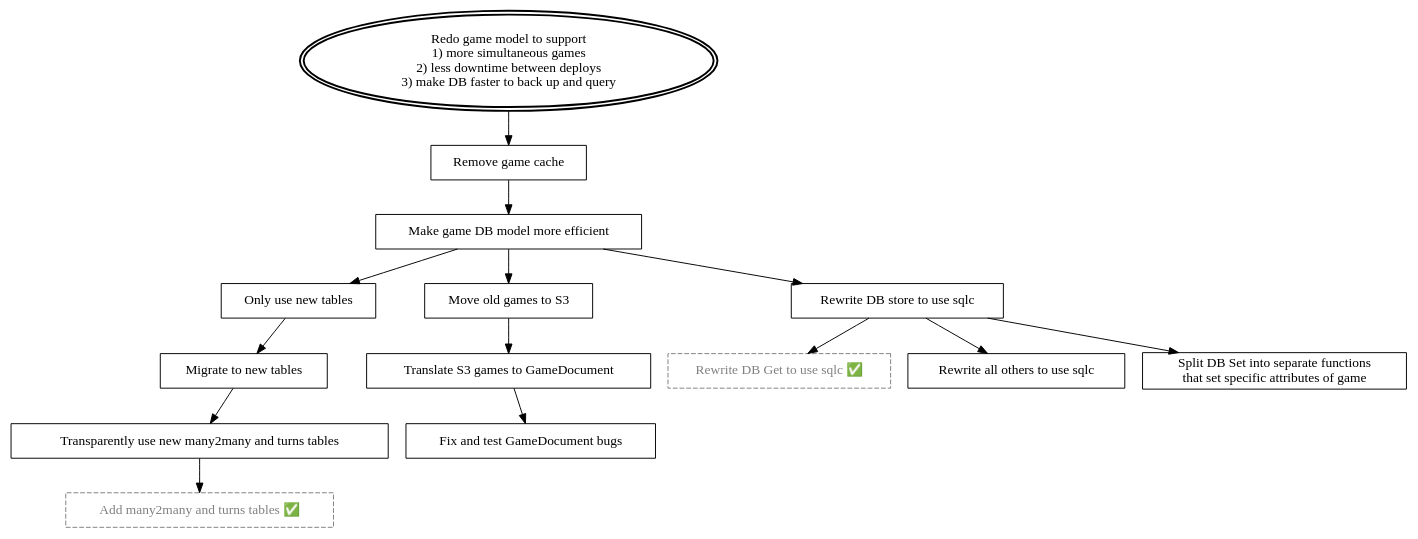
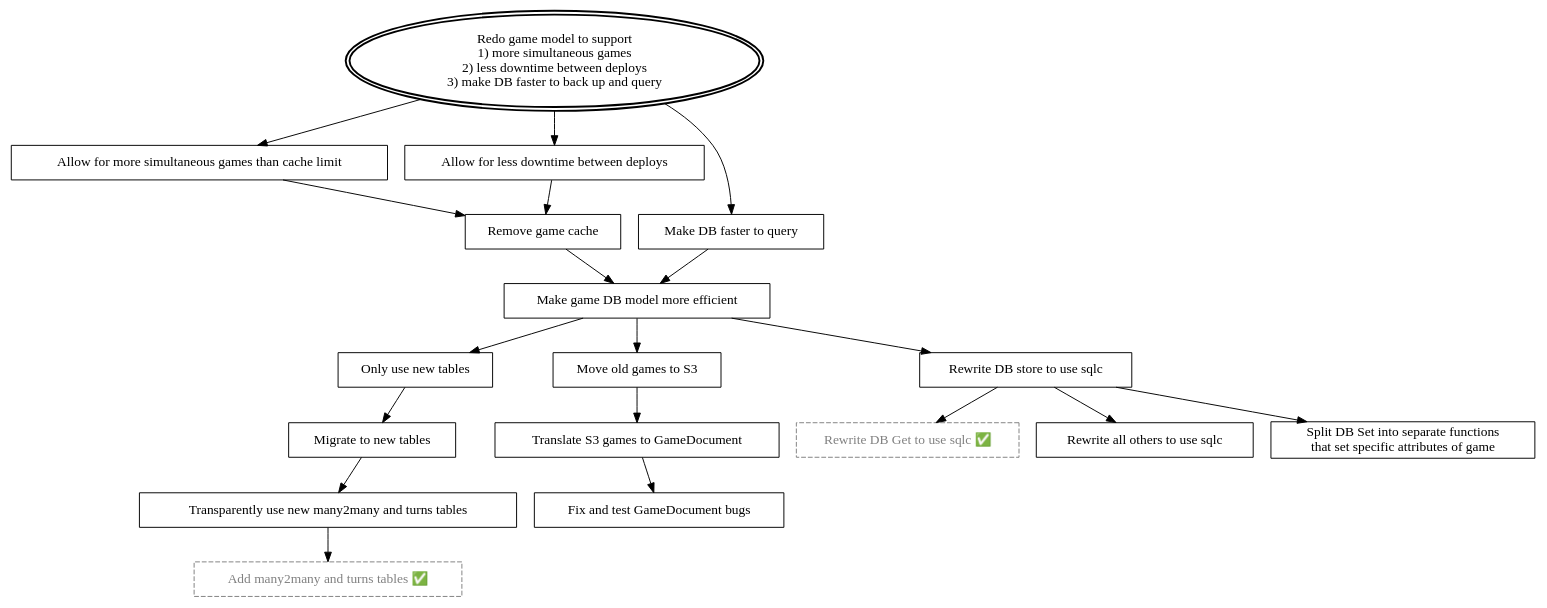
The diagram in docs/mikado/remove-game-caches.dot (woogles-io/liwords), drawn with Graphviz before and after one commit.

Commit message:
update mikado graph

```diff
--- a/docs/mikado/remove-game-caches.dot
+++ b/docs/mikado/remove-game-caches.dot
@@ -1,40 +1,52 @@
 digraph RedoGameModel {
     Goal [label="Redo game model to support\n1) more simultaneous games\n2) less downtime between deploys\n3) make DB faster to back up and query";
     shape=oval, peripheries=2, style=bold];
 
     // Define a reusable style for "checked nodes"  ✅
     node [shape=box, color=gray, fontcolor=gray, style=dashed];
     DBGet [label="Rewrite DB Get to use sqlc ✅"];
     AddOtherTables [label="Add many2many and turns tables ✅"];
 
     // Reset to default for other uncompleted nodes
     node [shape=box, color=black, fontcolor=black, style=solid];
+
+    MoreSimultaneousGames [label="Allow for more simultaneous games than cache limit"];
+    LessDowntimeBetweenDeploys [label="Allow for less downtime between deploys"];
+    MakeDBFaster [label="Make DB faster to query"];
+
 
     OnlyUseOtherTables [label="Only use new tables"];
     MigrateToNewTables [label="Migrate to new tables"];
     UseOtherTables [label="Transparently use new many2many and turns tables"];
     RemoveGameCache [label="Remove game cache"];
     EfficientTable [label="Make game DB model more efficient"];
     OldGamesInS3 [label="Move old games to S3"];
     TranslateToGameDocument [label="Translate S3 games to GameDocument"];
     FixGameDocumentBugs [label="Fix and test GameDocument bugs"];
     SQLCDBStore [label="Rewrite DB store to use sqlc"];
     SQLCOtherFuncs [label="Rewrite all others to use sqlc"];
     DBSetSplit [label="Split DB Set into separate functions\nthat set specific attributes of game"];
 
     // Arrows
-    Goal -> RemoveGameCache;
+    Goal -> MoreSimultaneousGames;
+    Goal -> LessDowntimeBetweenDeploys;
+    Goal -> MakeDBFaster;
+
+    MoreSimultaneousGames -> RemoveGameCache;
+    LessDowntimeBetweenDeploys -> RemoveGameCache;
+    MakeDBFaster -> EfficientTable;
+
     RemoveGameCache -> EfficientTable;
     EfficientTable-> OnlyUseOtherTables;
     OnlyUseOtherTables -> MigrateToNewTables;
     MigrateToNewTables -> UseOtherTables;
     EfficientTable -> SQLCDBStore;
     EfficientTable -> OldGamesInS3;
     OldGamesInS3 -> TranslateToGameDocument;
     TranslateToGameDocument -> FixGameDocumentBugs;
     UseOtherTables -> AddOtherTables;
     SQLCDBStore -> DBGet;
     SQLCDBStore -> DBSetSplit;
     SQLCDBStore -> SQLCOtherFuncs;
 
 }
```
